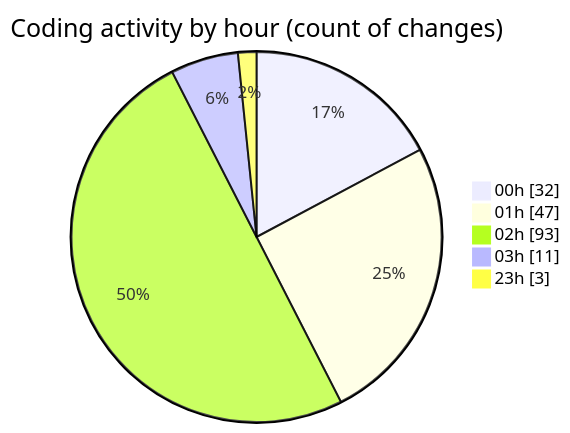
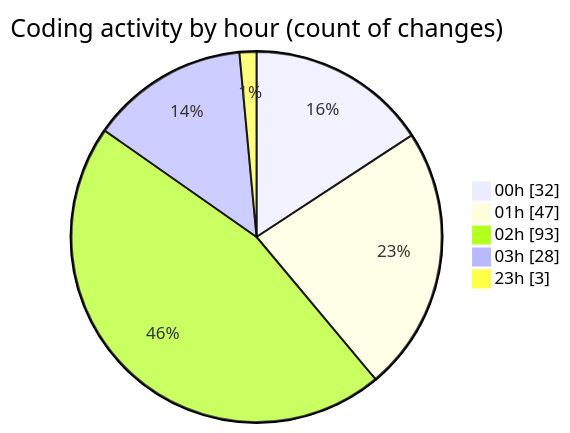
Before and after one commit to lephambinh05/code-tracking: the second of 2 diagrams in 2025-07-28/quanlyrapchieuphim-1/README.md, drawn with Mermaid. The commit also changed other lines of this file and 1 other file, not shown here.

````diff
--- a/2025-07-28/quanlyrapchieuphim-1/README.md
+++ b/2025-07-28/quanlyrapchieuphim-1/README.md
@@ -48,9 +49,9 @@
 ```mermaid
 pie showData
 title Coding activity by hour (count of changes)
 "00h" : 32
 "01h" : 47
 "02h" : 93
-"03h" : 11
+"03h" : 28
 "23h" : 3
 ```
````
